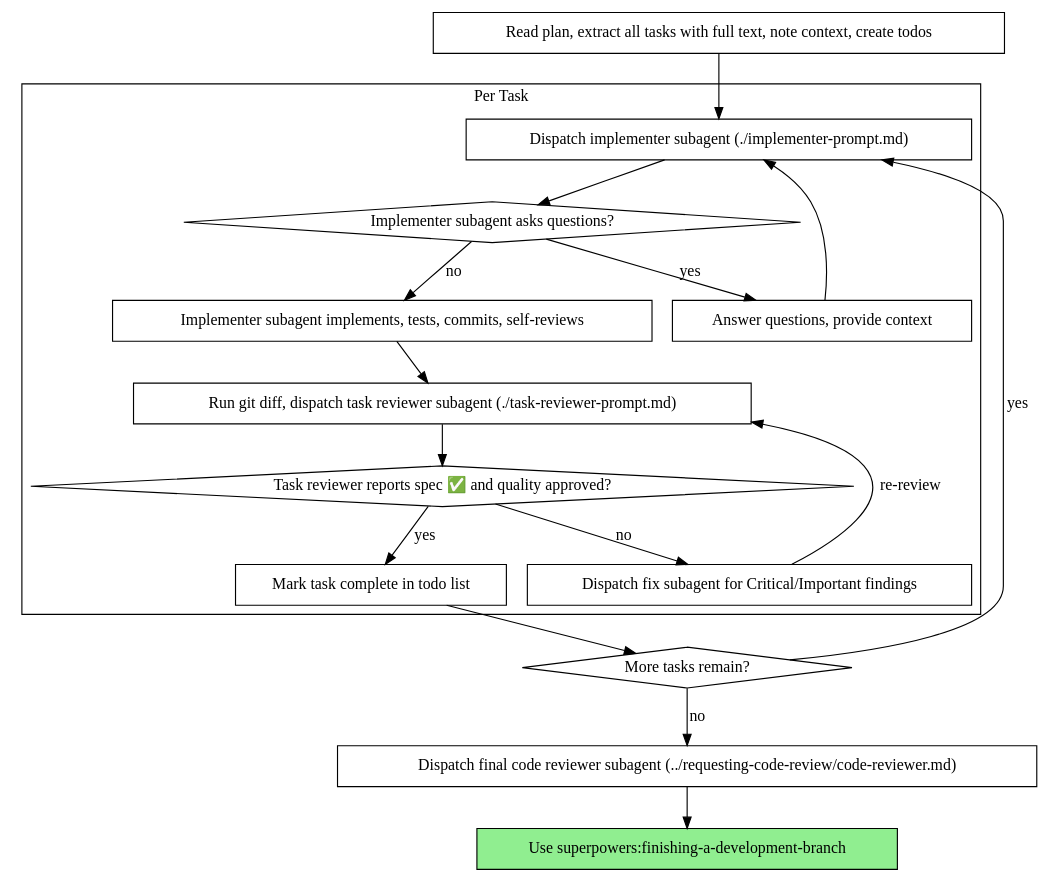
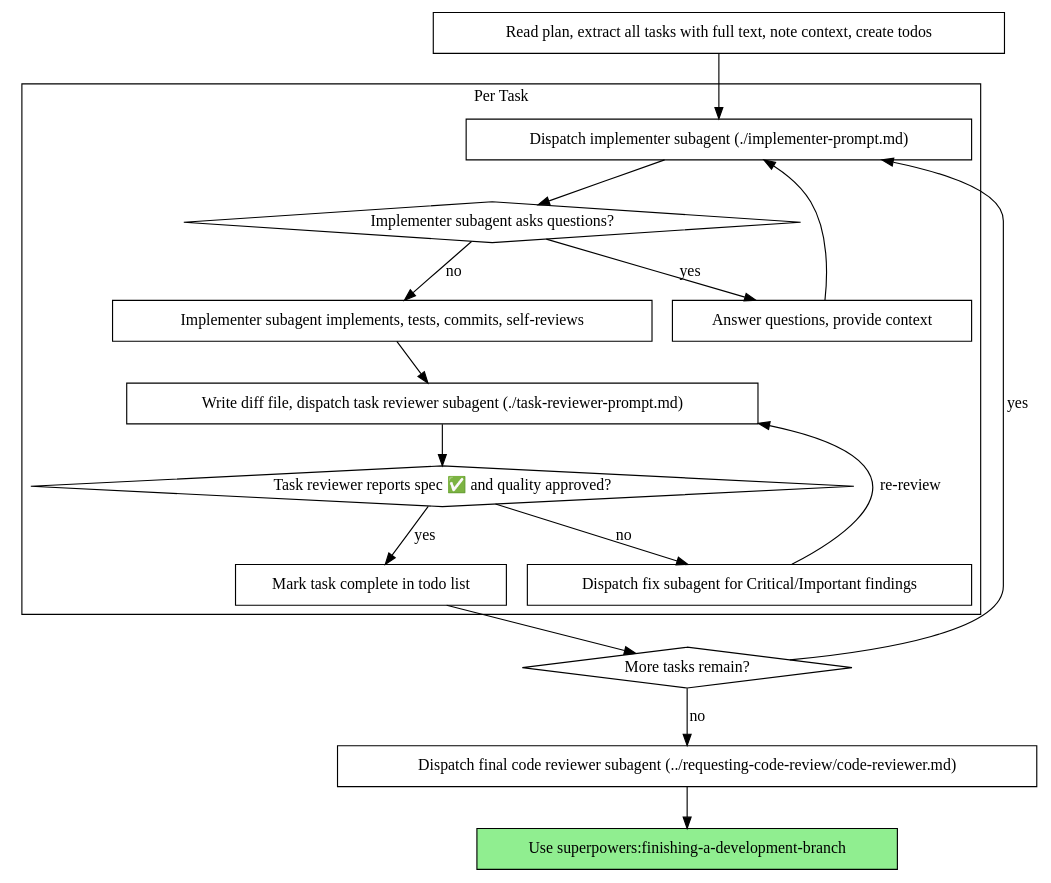
One commit to pickleshell/next-level-agent changed the second of 2 diagrams in skills/subagent-driven-development/SKILL.md. Above: the diagram before and after it, drawn with Graphviz. The commit also changed other lines of this file and 1 other file, not shown here.

First line of the commit message:
Describe the review design as current state, not as a delta

````diff
--- a/skills/subagent-driven-development/SKILL.md
+++ b/skills/subagent-driven-development/SKILL.md
@@ -44,37 +44,37 @@
 ```dot
 digraph process {
     rankdir=TB;
 
     subgraph cluster_per_task {
         label="Per Task";
         "Dispatch implementer subagent (./implementer-prompt.md)" [shape=box];
         "Implementer subagent asks questions?" [shape=diamond];
         "Answer questions, provide context" [shape=box];
         "Implementer subagent implements, tests, commits, self-reviews" [shape=box];
-        "Run git diff, dispatch task reviewer subagent (./task-reviewer-prompt.md)" [shape=box];
+        "Write diff file, dispatch task reviewer subagent (./task-reviewer-prompt.md)" [shape=box];
         "Task reviewer reports spec ✅ and quality approved?" [shape=diamond];
         "Dispatch fix subagent for Critical/Important findings" [shape=box];
         "Mark task complete in todo list" [shape=box];
     }
 
     "Read plan, extract all tasks with full text, note context, create todos" [shape=box];
     "More tasks remain?" [shape=diamond];
     "Dispatch final code reviewer subagent (../requesting-code-review/code-reviewer.md)" [shape=box];
     "Use superpowers:finishing-a-development-branch" [shape=box style=filled fillcolor=lightgreen];
 
     "Read plan, extract all tasks with full text, note context, create todos" -> "Dispatch implementer subagent (./implementer-prompt.md)";
     "Dispatch implementer subagent (./implementer-prompt.md)" -> "Implementer subagent asks questions?";
     "Implementer subagent asks questions?" -> "Answer questions, provide context" [label="yes"];
     "Answer questions, provide context" -> "Dispatch implementer subagent (./implementer-prompt.md)";
     "Implementer subagent asks questions?" -> "Implementer subagent implements, tests, commits, self-reviews" [label="no"];
-    "Implementer subagent implements, tests, commits, self-reviews" -> "Run git diff, dispatch task reviewer subagent (./task-reviewer-prompt.md)";
-    "Run git diff, dispatch task reviewer subagent (./task-reviewer-prompt.md)" -> "Task reviewer reports spec ✅ and quality approved?";
+    "Implementer subagent implements, tests, commits, self-reviews" -> "Write diff file, dispatch task reviewer subagent (./task-reviewer-prompt.md)";
+    "Write diff file, dispatch task reviewer subagent (./task-reviewer-prompt.md)" -> "Task reviewer reports spec ✅ and quality approved?";
     "Task reviewer reports spec ✅ and quality approved?" -> "Dispatch fix subagent for Critical/Important findings" [label="no"];
-    "Dispatch fix subagent for Critical/Important findings" -> "Run git diff, dispatch task reviewer subagent (./task-reviewer-prompt.md)" [label="re-review"];
+    "Dispatch fix subagent for Critical/Important findings" -> "Write diff file, dispatch task reviewer subagent (./task-reviewer-prompt.md)" [label="re-review"];
     "Task reviewer reports spec ✅ and quality approved?" -> "Mark task complete in todo list" [label="yes"];
     "Mark task complete in todo list" -> "More tasks remain?";
     "More tasks remain?" -> "Dispatch implementer subagent (./implementer-prompt.md)" [label="yes"];
     "More tasks remain?" -> "Dispatch final code reviewer subagent (../requesting-code-review/code-reviewer.md)" [label="no"];
     "Dispatch final code reviewer subagent (../requesting-code-review/code-reviewer.md)" -> "Use superpowers:finishing-a-development-branch";
 }
 ```
````
